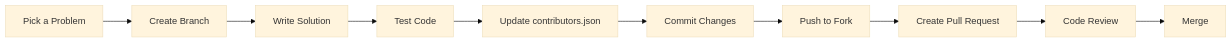
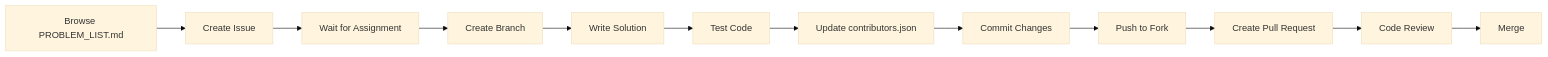
The diagram in README.md (udayan-mal/Simple-DSA), drawn with Mermaid (base theme) before and after one commit. The commit also changed other lines of this file and 1 other file, not shown here.

````diff
--- a/README.md
+++ b/README.md
@@ -146,12 +159,14 @@
 ```mermaid
 graph LR
-    A[Pick a Problem] --> B[Create Branch]
-    B --> C[Write Solution]
-    C --> D[Test Code]
-    D --> E[Update contributors.json]
-    E --> F[Commit Changes]
-    F --> G[Push to Fork]
-    G --> H[Create Pull Request]
-    H --> I[Code Review]
-    I --> J[Merge]
+    A[Browse PROBLEM_LIST.md] --> B[Create Issue]
+    B --> C[Wait for Assignment]
+    C --> D[Create Branch]
+    D --> E[Write Solution]
+    E --> F[Test Code]
+    F --> G[Update contributors.json]
+    G --> H[Commit Changes]
+    H --> I[Push to Fork]
+    I --> J[Create Pull Request]
+    J --> K[Code Review]
+    K --> L[Merge]
 ```
````
